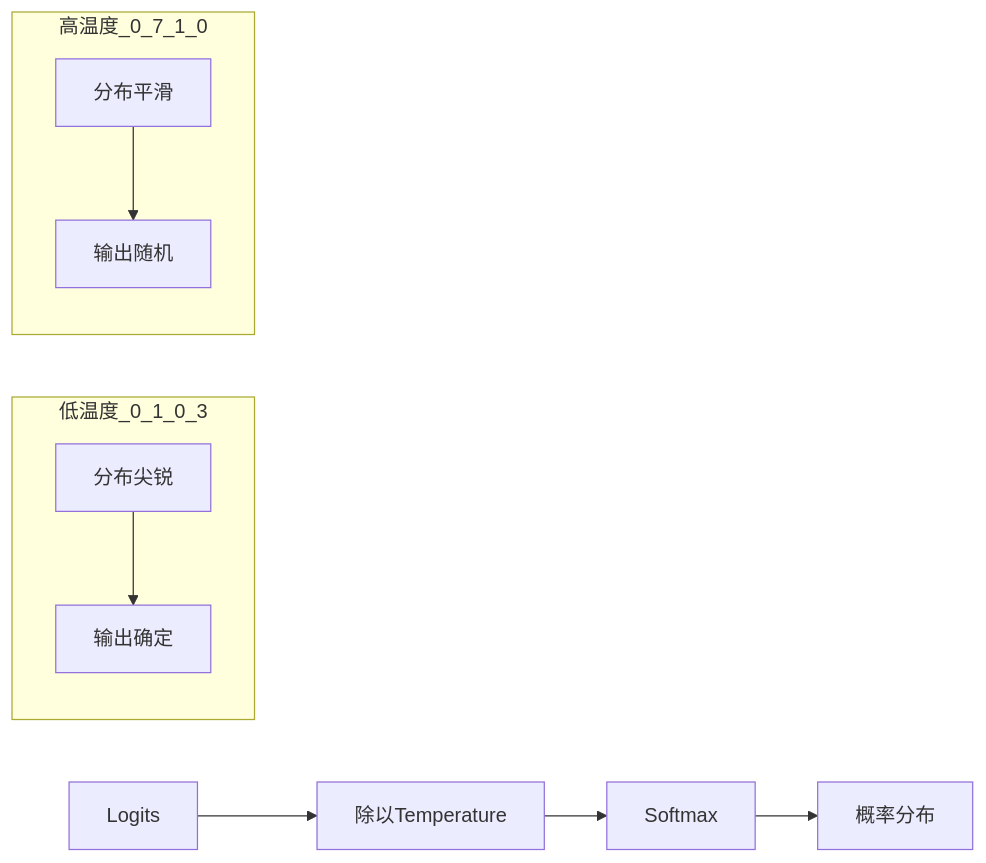
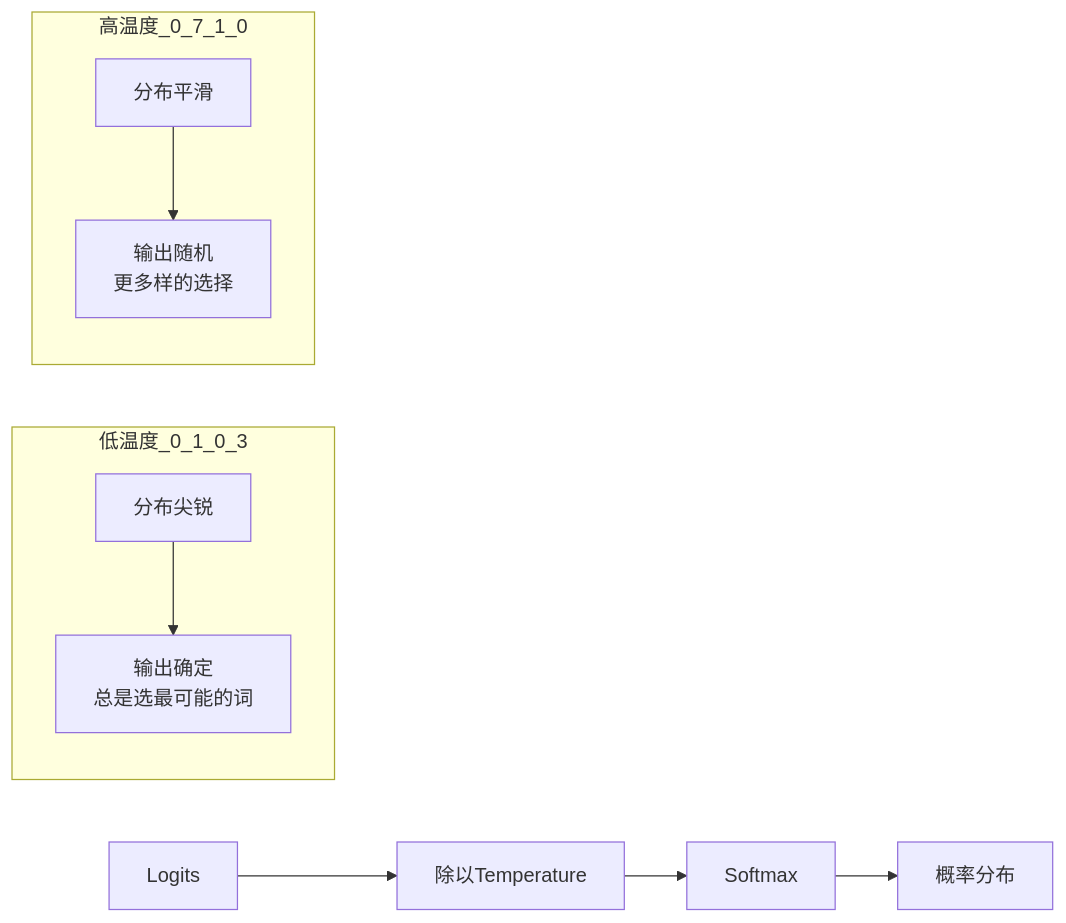
The tenth of 14 diagrams in docs/ai-llm-dev/basics/llm-principles.md (yuandiv/ai-dev-school), drawn with Mermaid before and after one commit. The commit also changed other lines of this file and 2 other files, not shown here.

````diff
--- a/docs/ai-llm-dev/basics/llm-principles.md
+++ b/docs/ai-llm-dev/basics/llm-principles.md
@@ -152,14 +555,14 @@
 ```mermaid
 flowchart LR
     A[Logits] --> B[除以Temperature]
     B --> C[Softmax]
     C --> D[概率分布]
-    
+
     subgraph 低温度_0_1_0_3
-        E1[分布尖锐] --> E2[输出确定]
+        E1[分布尖锐] --> E2[输出确定<br/>总是选最可能的词]
     end
-    
+
     subgraph 高温度_0_7_1_0
-        F1[分布平滑] --> F2[输出随机]
+        F1[分布平滑] --> F2[输出随机<br/>更多样的选择]
     end
 ```
````
